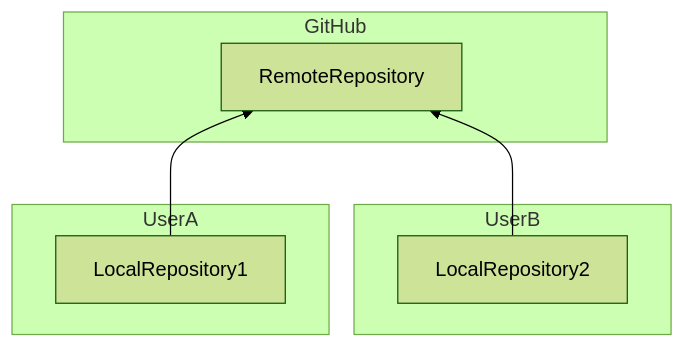
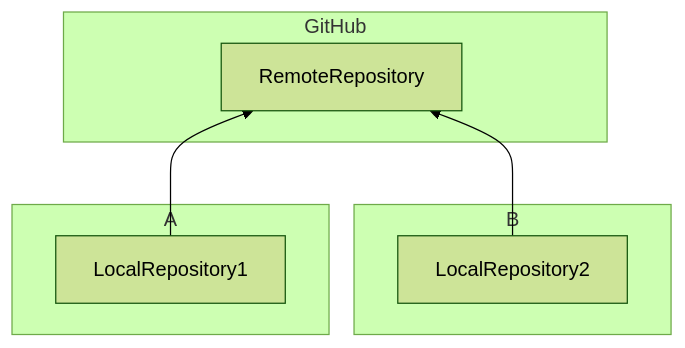
One commit to okano-tomoyuki/github_introduction changed the second of 2 diagrams in README.md. Above: the diagram before and after it, drawn with Mermaid (forest theme). The commit also changed other lines of this file, not shown here.

````diff
--- a/README.md
+++ b/README.md
@@ -74,19 +82,19 @@
 ``` mermaid
 graph BT
 
   subgraph GitHub
     RemoteRepository
   end
   
-  subgraph UserA 
+  subgraph A 
     LocalRepository1
   end
   
-  subgraph UserB
+  subgraph B
     LocalRepository2
   end
   
   LocalRepository1 --> RemoteRepository
   LocalRepository2 --> RemoteRepository
   
 ```
````
